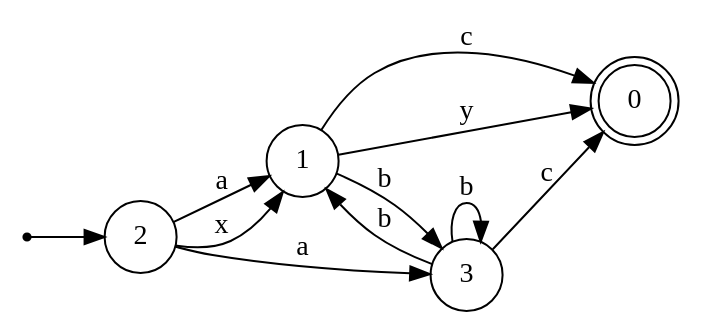
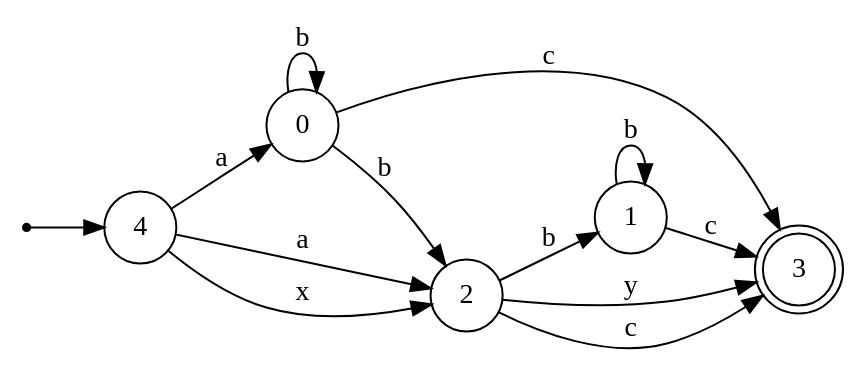
The diagram in minimized/left_right.gv (LeonardoDeFaveri/NFA-minimization), drawn with Graphviz before and after one commit. The commit also changed 14 other files, not shown here.

```diff
--- a/minimized/left_right.gv
+++ b/minimized/left_right.gv
@@ -1,19 +1,22 @@
 digraph {
 	rankdir = LR;
 	size = "30,20";
 	node [shape = point]; "dummy0"
-	node [shape = circle]; "2"
-	"dummy0" -> "2";
-	node [shape = doublecircle]; "0";
+	node [shape = circle]; "4"
+	"dummy0" -> "4";
 	node [shape = circle]; "1";
-	node [shape = circle]; "3";
-	"3" -> "0" [label = "c"];
-	"3" -> "3" [label = "b"];
-	"3" -> "1" [label = "b"];
-	"1" -> "0" [label = "c"];
-	"1" -> "3" [label = "b"];
-	"1" -> "0" [label = "y"];
-	"2" -> "1" [label = "a"];
-	"2" -> "3" [label = "a"];
-	"2" -> "1" [label = "x"];
+	node [shape = circle]; "0";
+	node [shape = circle]; "2";
+	node [shape = doublecircle]; "3";
+	"4" -> "2" [label = "a"];
+	"4" -> "0" [label = "a"];
+	"4" -> "2" [label = "x"];
+	"1" -> "1" [label = "b"];
+	"1" -> "3" [label = "c"];
+	"2" -> "3" [label = "y"];
+	"2" -> "1" [label = "b"];
+	"2" -> "3" [label = "c"];
+	"0" -> "2" [label = "b"];
+	"0" -> "0" [label = "b"];
+	"0" -> "3" [label = "c"];
 }
```
